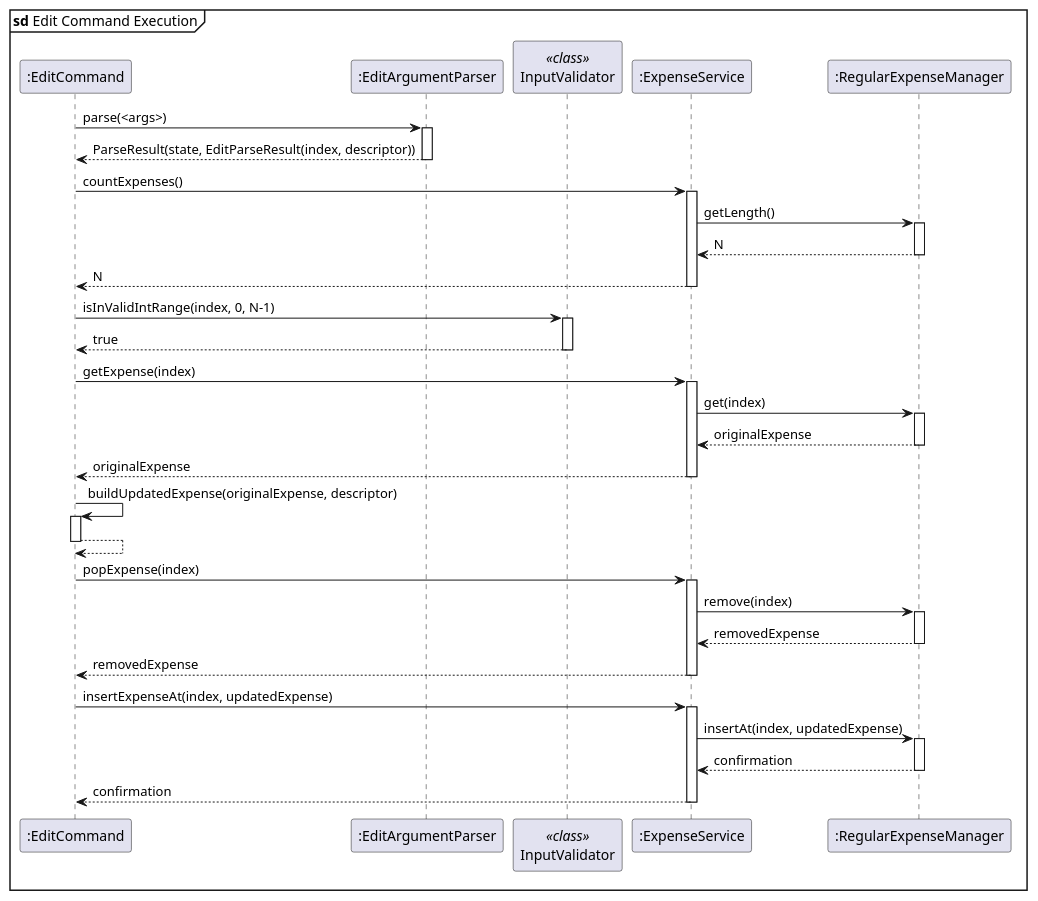
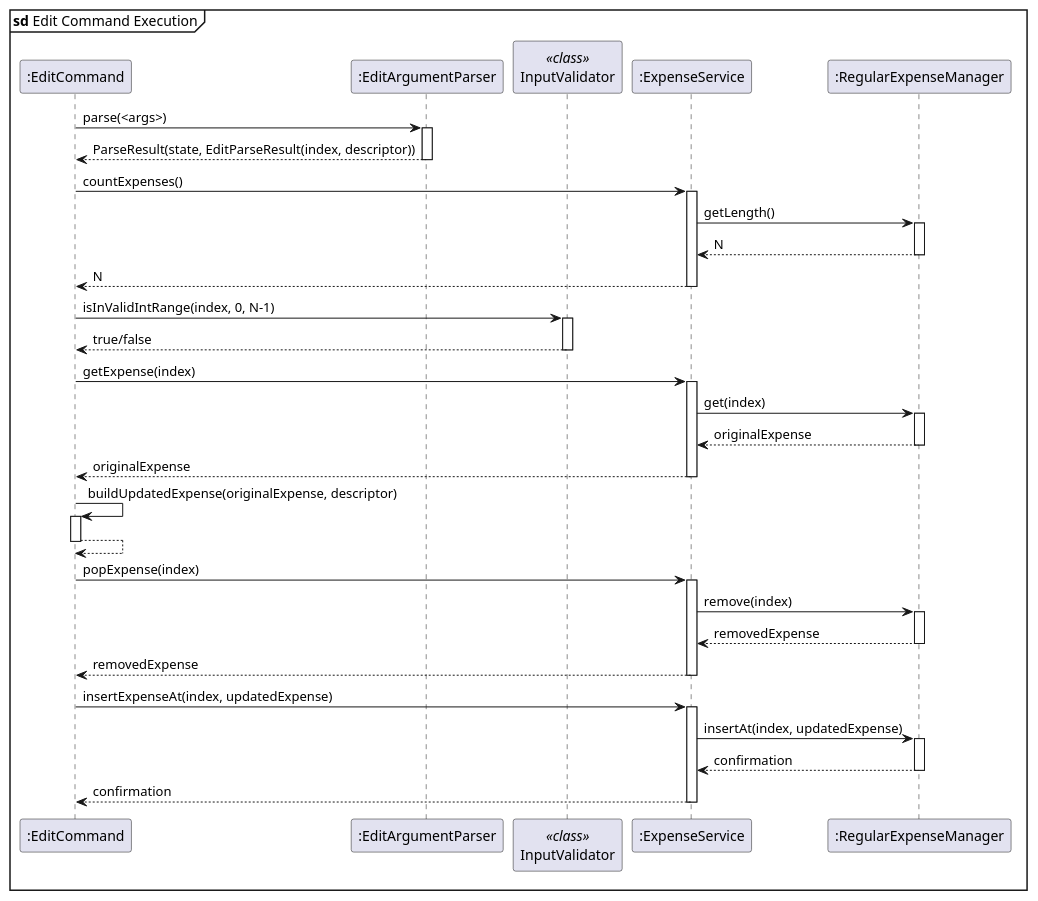
Before and after one commit to randust/tp: the diagram in docs/diagrams/sequence/edit.puml, drawn with PlantUML. The commit also changed 6 other files, not shown here.

Commit message:
Fix expense class diagram and delete command sequence diagram

```diff
--- a/docs/diagrams/sequence/edit.puml
+++ b/docs/diagrams/sequence/edit.puml
@@ -1,76 +1,76 @@
 @startuml editCommand
 
 mainframe **sd** Edit Command Execution
 participant ":EditCommand" as EditCmd
 participant ":EditArgumentParser" as Parser
 participant "InputValidator" as Validator <<class>>
 participant ":ExpenseService" as ExpenseSvc
 participant ":RegularExpenseManager" as RegExpMgr
 
 EditCmd -> Parser : parse(<args>)
 activate Parser
 
 Parser --> EditCmd : ParseResult(state, EditParseResult(index, descriptor))
 deactivate Parser
 
 EditCmd -> ExpenseSvc : countExpenses()
 activate ExpenseSvc
 
 ExpenseSvc -> RegExpMgr : getLength()
 activate RegExpMgr
 
 RegExpMgr --> ExpenseSvc : N
 deactivate RegExpMgr
 
 ExpenseSvc --> EditCmd : N
 deactivate ExpenseSvc
 
 EditCmd -> Validator : isInValidIntRange(index, 0, N-1)
 activate Validator
 
-Validator --> EditCmd : true
+Validator --> EditCmd : true/false
 deactivate Validator
 
 EditCmd -> ExpenseSvc : getExpense(index)
 activate ExpenseSvc
 
 ExpenseSvc -> RegExpMgr : get(index)
 activate RegExpMgr
 
 RegExpMgr --> ExpenseSvc : originalExpense
 deactivate RegExpMgr
 
 ExpenseSvc --> EditCmd : originalExpense
 deactivate ExpenseSvc
 
 EditCmd -> EditCmd : buildUpdatedExpense(originalExpense, descriptor)
 activate EditCmd
 
 EditCmd --> EditCmd
 deactivate EditCmd
 
 EditCmd -> ExpenseSvc : popExpense(index)
 activate ExpenseSvc
 
 ExpenseSvc -> RegExpMgr : remove(index)
 activate RegExpMgr
 
 RegExpMgr --> ExpenseSvc : removedExpense
 deactivate RegExpMgr
 
 ExpenseSvc --> EditCmd : removedExpense
 deactivate ExpenseSvc
 
 EditCmd -> ExpenseSvc : insertExpenseAt(index, updatedExpense)
 activate ExpenseSvc
 
 ExpenseSvc -> RegExpMgr : insertAt(index, updatedExpense)
 activate RegExpMgr
 
 RegExpMgr --> ExpenseSvc : confirmation
 deactivate RegExpMgr
 
 ExpenseSvc --> EditCmd : confirmation
 deactivate ExpenseSvc
 
 @enduml
```
